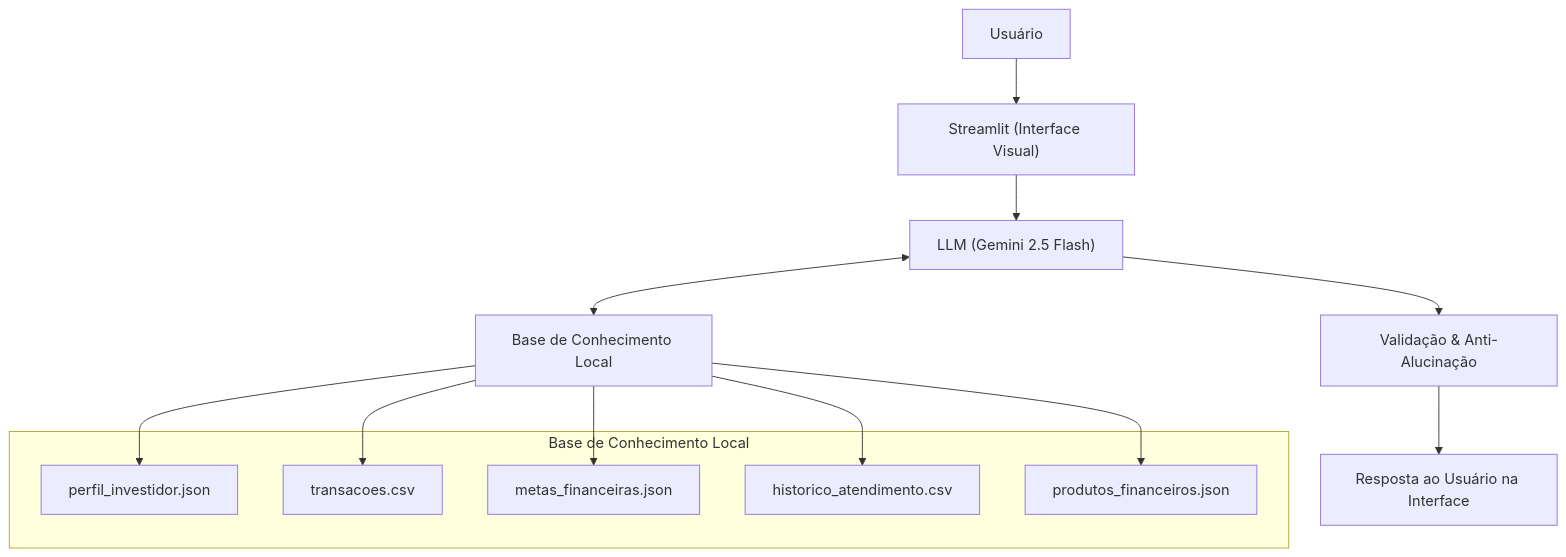
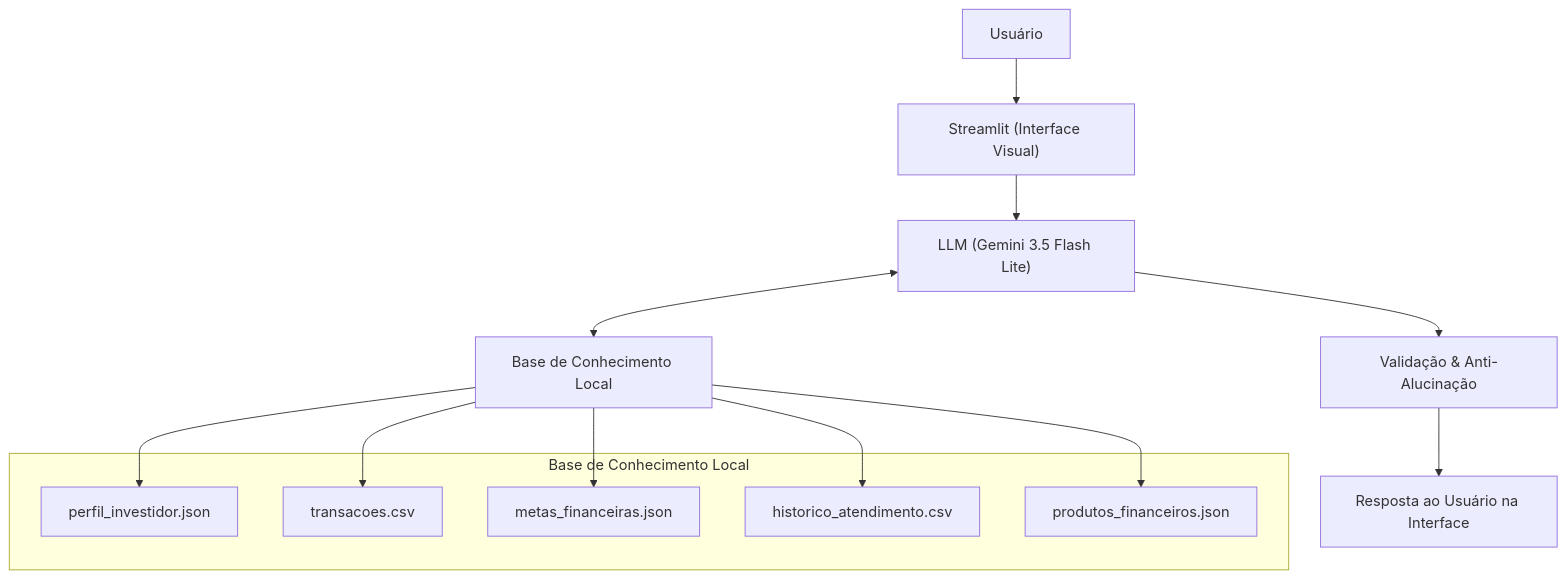
The diagram in README.md (AlbertButzke/dio-lab-bia-do-futuro), drawn with Mermaid before and after one commit. The commit also changed other lines of this file and 2 other files, not shown here.

````diff
--- a/README.md
+++ b/README.md
@@ -35,22 +35,22 @@
 ```mermaid
 flowchart TD
     A[Usuário] --> B["Streamlit (Interface Visual)"]
-    B --> C["LLM (Gemini 2.5 Flash)"]
+    B --> C["LLM (Gemini 3.5 Flash Lite)"]
     C <--> D[Base de Conhecimento Local]
     C --> E[Validação & Anti-Alucinação]
     E --> F[Resposta ao Usuário na Interface]
 
     subgraph Base de Conhecimento Local
         D1[perfil_investidor.json]
         D2[transacoes.csv]
         D3[metas_financeiras.json]
         D4[historico_atendimento.csv]
         D5[produtos_financeiros.json]
     end
 
     D --> D1
     D --> D2
     D --> D3
     D --> D4
     D --> D5
 ```
````
